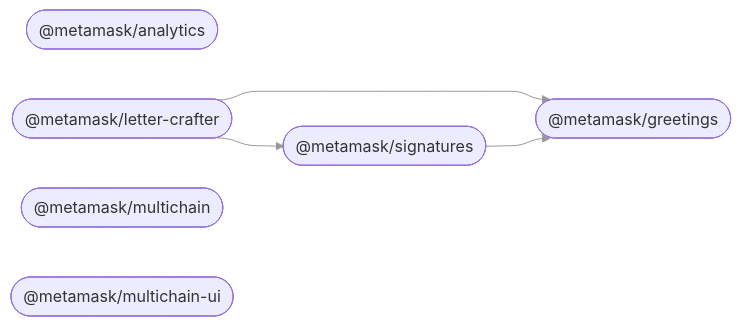
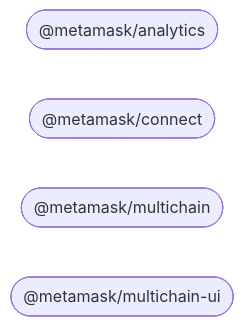
The diagram in README.md (MetaMask/connect-monorepo), drawn with Mermaid before and after one commit. The commit also changed other lines of this file and 36 other files, not shown here.

````diff
--- a/README.md
+++ b/README.md
@@ -49,14 +47,9 @@
 ```mermaid
 %%{ init: { 'flowchart': { 'curve': 'bumpX' } } }%%
 graph LR;
 linkStyle default opacity:0.5
   analytics(["@metamask/analytics"]);
-  greetings(["@metamask/greetings"]);
-  letter_crafter(["@metamask/letter-crafter"]);
+  connect(["@metamask/connect"]);
   multichain(["@metamask/multichain"]);
   multichain_ui(["@metamask/multichain-ui"]);
-  signatures(["@metamask/signatures"]);
-  letter_crafter --> greetings;
-  letter_crafter --> signatures;
-  signatures --> greetings;
 ```
````
